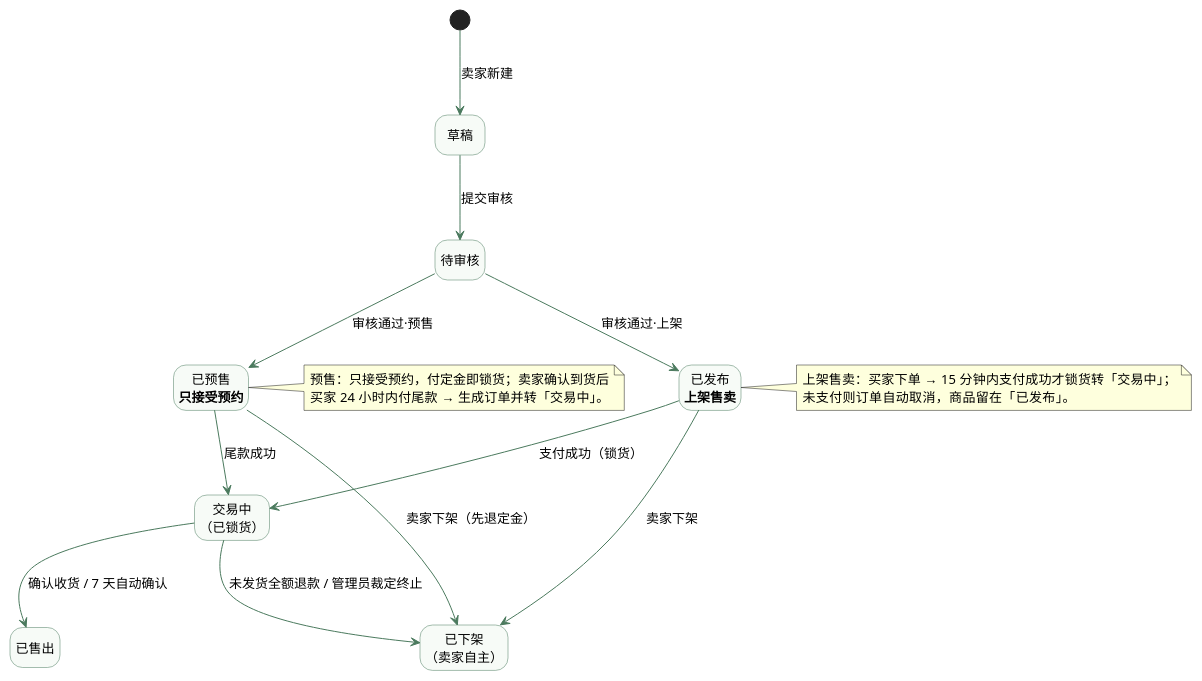
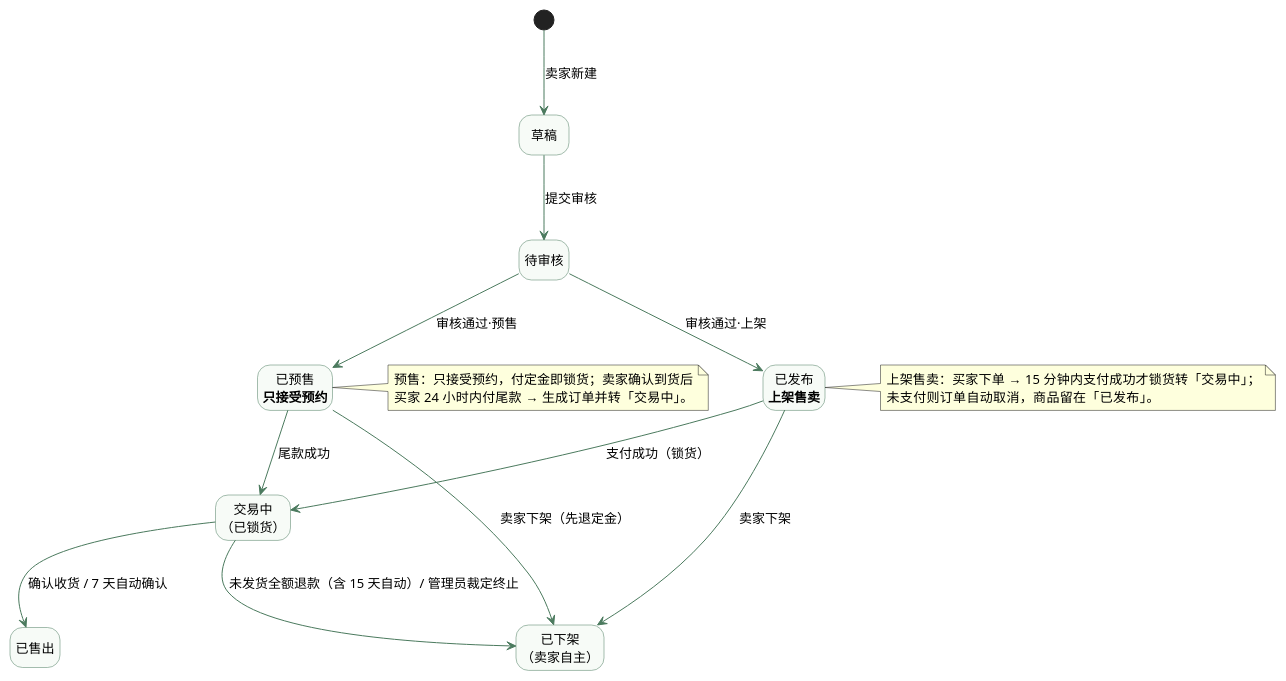
Before and after one commit to XuHR233/SE-lab1-requirements: the diagram in lab02/UML/状态图.puml, drawn with PlantUML. The commit also changed 1 other file, not shown here.

Commit message:
状态图：交易中→已下架 注明「未发货全额退款」含 15 天自动退款，与订单状态图 O2→O6 对齐

```diff
--- a/lab02/UML/状态图.puml
+++ b/lab02/UML/状态图.puml
@@ -1,51 +1,51 @@
 @startuml
 ' 实验二 · 二手交易系统 · 状态图（一）成交主线：草稿 → 审核 → 上架/预售 两支 → 交易中 → 售出 / 下架
 ' 本图 9 条 + 状态图2 11 条 = REQ-010 允许的 20 条转换（不重复、不遗漏）
 ' 可见性口径（据 REQ-005「通过则进入已发布或已预售并对外可见」+ REQ-012）：对外可见只有已发布、已预售；
 ' 交易中与已售出都不进搜索结果与列表，仅订单双方可从订单进入详情，他人与游客返回「商品不存在或已下架」。
 skinparam defaultFontName "Microsoft YaHei"
 skinparam defaultFontSize 13
 skinparam shadowing false
 skinparam nodesep 55
 skinparam ranksep 65
 skinparam ArrowColor #4B7A5E
 skinparam state {
   BackgroundColor #F7FBF7
   BorderColor #4B7A5E
   FontSize 13
 }
 hide empty description
 
 state "草稿" as S1
 state "待审核" as S2
 state "已发布\n<b>上架售卖</b>" as S4
 state "已预售\n<b>只接受预约</b>" as S5
 state "交易中\n（已锁货）" as S6
 state "已售出" as S7
 state "已下架\n（卖家自主）" as S8
 
 [*] --> S1 : 卖家新建
 S1 --> S2 : 提交审核
 S2 --> S4 : 审核通过·上架
 S2 --> S5 : 审核通过·预售
 
 S4 --> S6 : 支付成功（锁货）
 S5 --> S6 : 尾款成功
 S6 --> S7 : 确认收货 / 7 天自动确认
 
 S4 --> S8 : 卖家下架
 S5 --> S8 : 卖家下架（先退定金）
-S6 --> S8 : 未发货全额退款 / 管理员裁定终止
+S6 --> S8 : 未发货全额退款（含 15 天自动）/ 管理员裁定终止
 
 
 note right of S4
   上架售卖：买家下单 → 15 分钟内支付成功才锁货转「交易中」；
   未支付则订单自动取消，商品留在「已发布」。
 end note
 
 note right of S5
   预售：只接受预约，付定金即锁货；卖家确认到货后
   买家 24 小时内付尾款 → 生成订单并转「交易中」。
 end note
 
 @enduml
```
